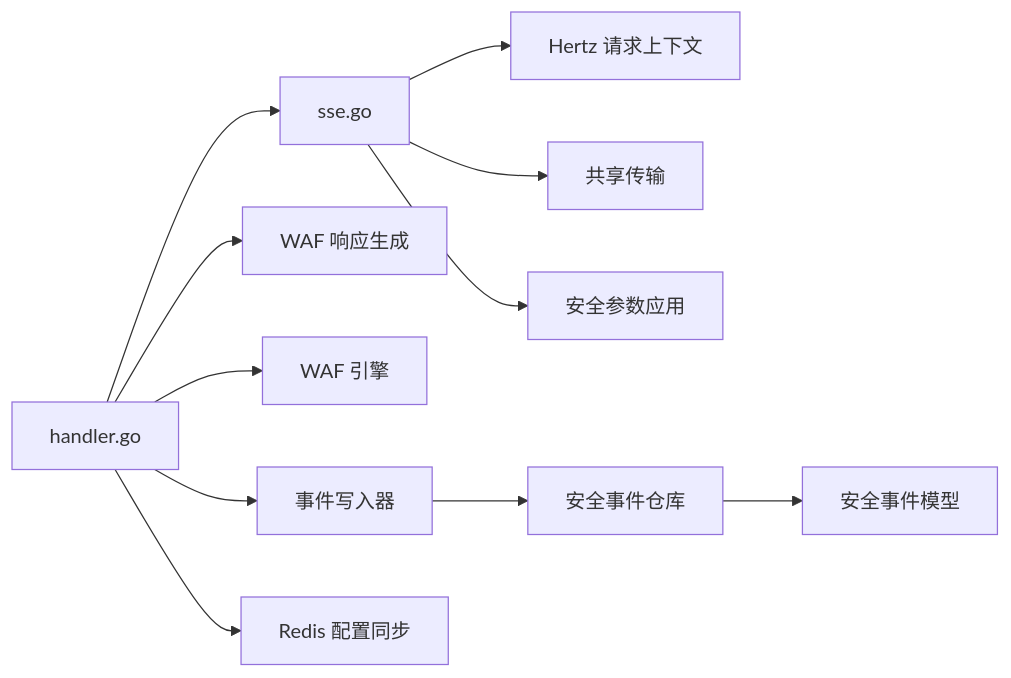
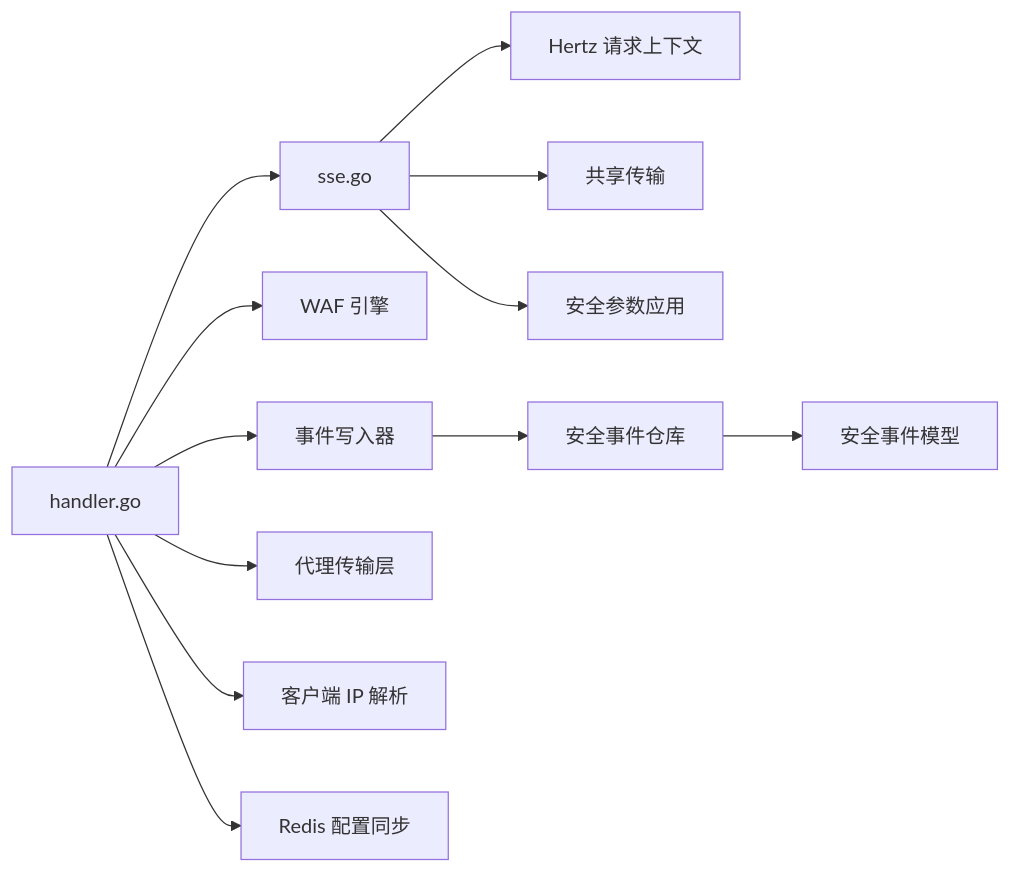
Before and after one commit to x01n/My-OpenWaf: the eighth of 8 diagrams in docs/数据平面处理/SSE 事件推送.md, drawn with Mermaid. The commit also changed other lines of this file and 199 other files, not shown here.

````diff
--- a/docs/数据平面处理/SSE 事件推送.md
+++ b/docs/数据平面处理/SSE 事件推送.md
@@ -326,13 +329,14 @@
 ```mermaid
 graph LR
 SSE["sse.go"] --> Hertz["Hertz 请求上下文"]
 SSE --> Proxy["共享传输"]
 SSE --> Sec["安全参数应用"]
 Handler["handler.go"] --> SSE
-Handler --> WAF["WAF 响应生成"]
 Handler --> Engine["WAF 引擎"]
 Handler --> EW["事件写入器"]
+Handler --> PROXY["代理传输层"]
+Handler --> SEC["客户端 IP 解析"]
 EW --> Repo["安全事件仓库"]
 Repo --> Model["安全事件模型"]
 Handler --> Redis["Redis 配置同步"]
 ```
````
